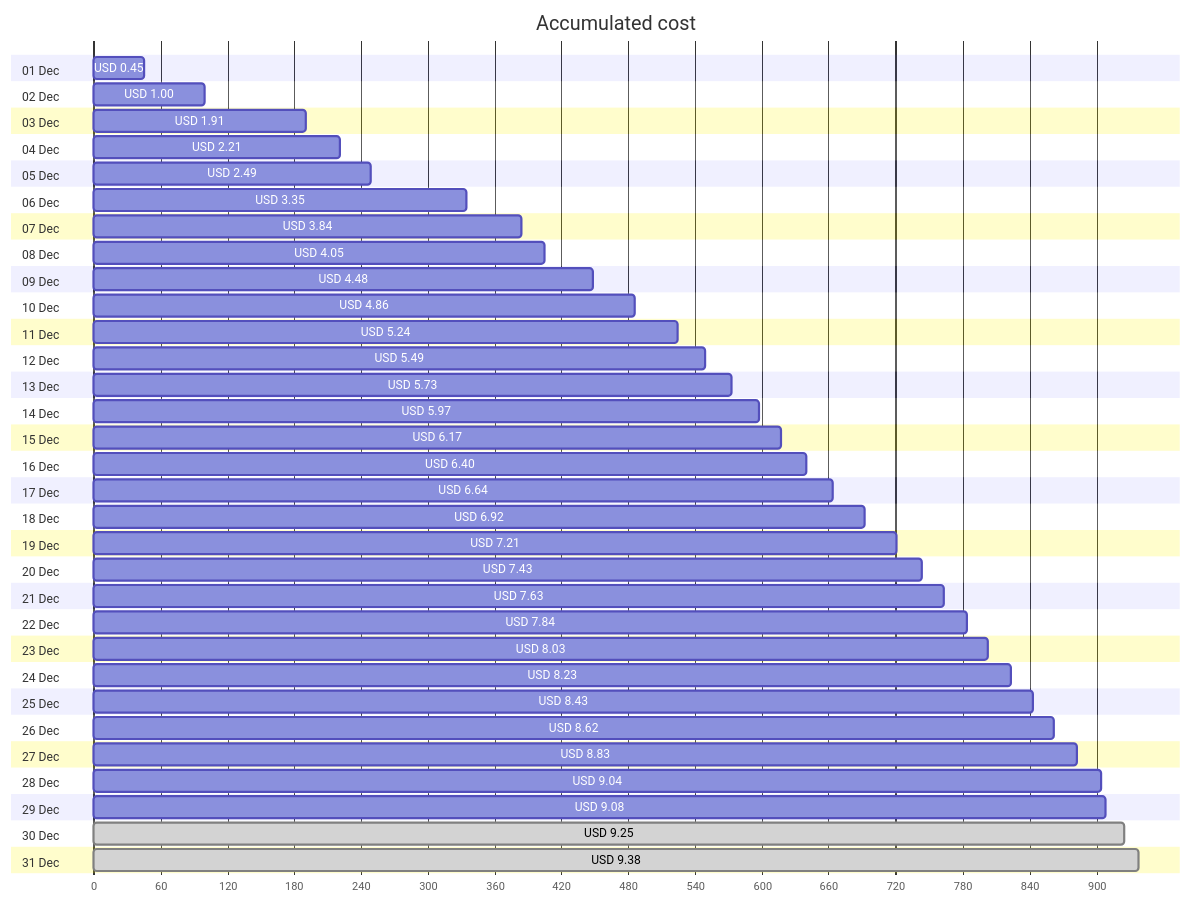
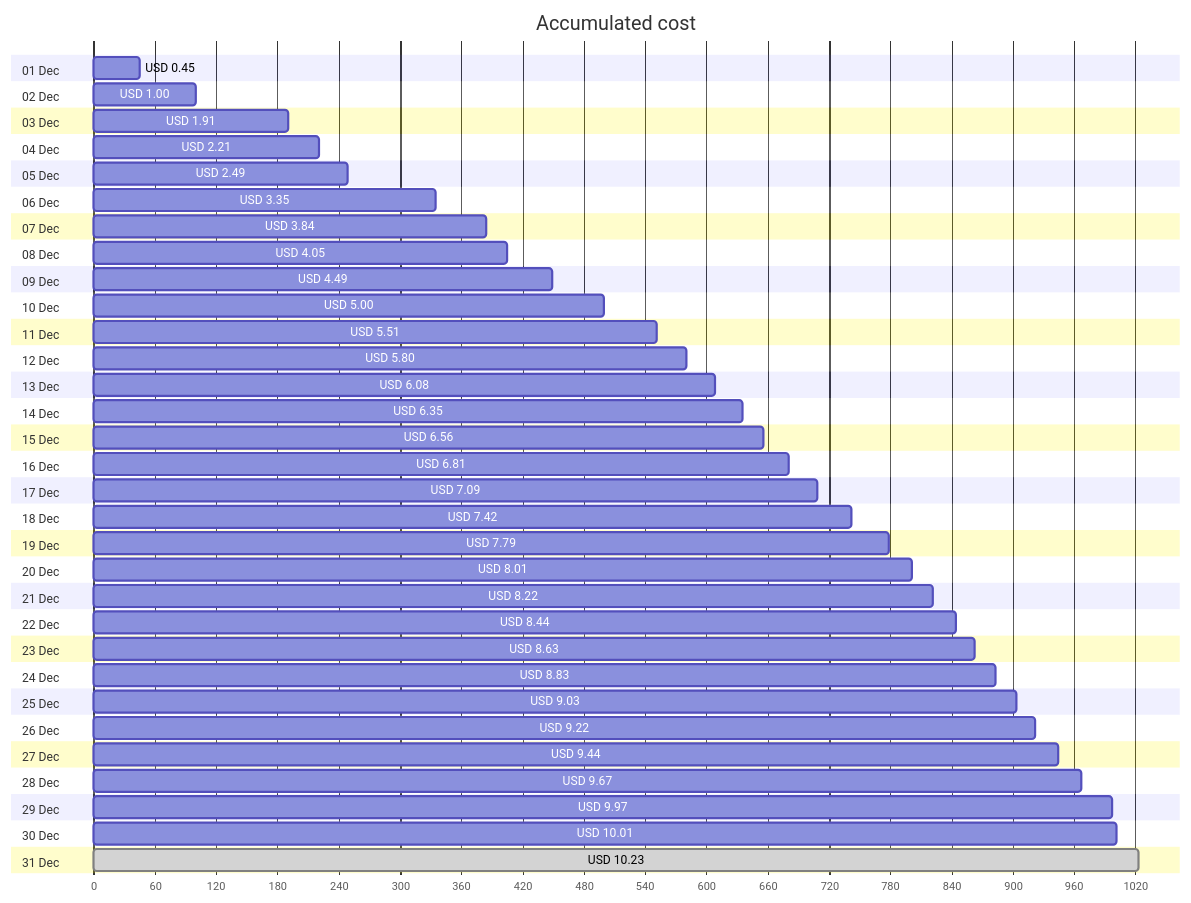
Before and after one commit to jpfulton/azure-personal-reports: the first of 4 diagrams in cost-reports/personal-network/vpn-server.md, drawn with Mermaid. The commit also changed other lines of this file and 8 other files, not shown here.

````diff
--- a/cost-reports/personal-network/vpn-server.md
+++ b/cost-reports/personal-network/vpn-server.md
@@ -20,68 +20,68 @@
 ```mermaid
 gantt
    title Accumulated cost
    dateFormat  X
    axisFormat %s
    section 01 Dec
    USD 0.45 :0, 45
    section 02 Dec
    USD 1.00 :0, 100
    section 03 Dec
    USD 1.91 :0, 191
    section 04 Dec
    USD 2.21 :0, 221
    section 05 Dec
    USD 2.49 :0, 249
    section 06 Dec
    USD 3.35 :0, 335
    section 07 Dec
    USD 3.84 :0, 384
    section 08 Dec
    USD 4.05 :0, 405
    section 09 Dec
-   USD 4.48 :0, 448
+   USD 4.49 :0, 449
    section 10 Dec
-   USD 4.86 :0, 486
+   USD 5.00 :0, 500
    section 11 Dec
-   USD 5.24 :0, 524
+   USD 5.51 :0, 551
    section 12 Dec
-   USD 5.49 :0, 549
+   USD 5.80 :0, 580
    section 13 Dec
-   USD 5.73 :0, 573
+   USD 6.08 :0, 608
    section 14 Dec
-   USD 5.97 :0, 597
+   USD 6.35 :0, 635
    section 15 Dec
-   USD 6.17 :0, 617
+   USD 6.56 :0, 656
    section 16 Dec
-   USD 6.40 :0, 640
+   USD 6.81 :0, 681
    section 17 Dec
-   USD 6.64 :0, 664
+   USD 7.09 :0, 709
    section 18 Dec
-   USD 6.92 :0, 692
+   USD 7.42 :0, 742
    section 19 Dec
-   USD 7.21 :0, 721
+   USD 7.79 :0, 779
    section 20 Dec
-   USD 7.43 :0, 743
+   USD 8.01 :0, 801
    section 21 Dec
-   USD 7.63 :0, 763
+   USD 8.22 :0, 822
    section 22 Dec
-   USD 7.84 :0, 784
+   USD 8.44 :0, 844
    section 23 Dec
-   USD 8.03 :0, 803
+   USD 8.63 :0, 863
    section 24 Dec
-   USD 8.23 :0, 823
+   USD 8.83 :0, 883
    section 25 Dec
-   USD 8.43 :0, 843
+   USD 9.03 :0, 903
    section 26 Dec
-   USD 8.62 :0, 862
+   USD 9.22 :0, 922
    section 27 Dec
-   USD 8.83 :0, 883
+   USD 9.44 :0, 944
    section 28 Dec
-   USD 9.04 :0, 904
+   USD 9.67 :0, 967
    section 29 Dec
-   USD 9.08 :0, 908
+   USD 9.97 :0, 997
    section 30 Dec
-   USD 9.25 : done, 0, 925
+   USD 10.01 :0, 1001
    section 31 Dec
-   USD 9.38 : done, 0, 938
+   USD 10.23 : done, 0, 1023
 ```
````
